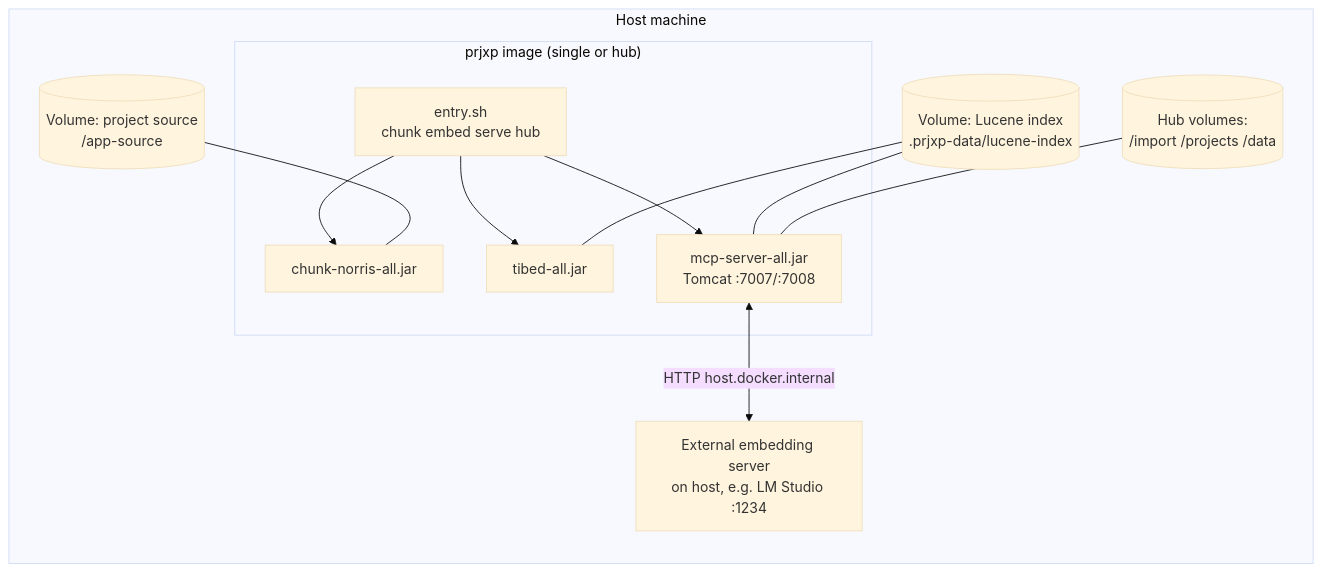
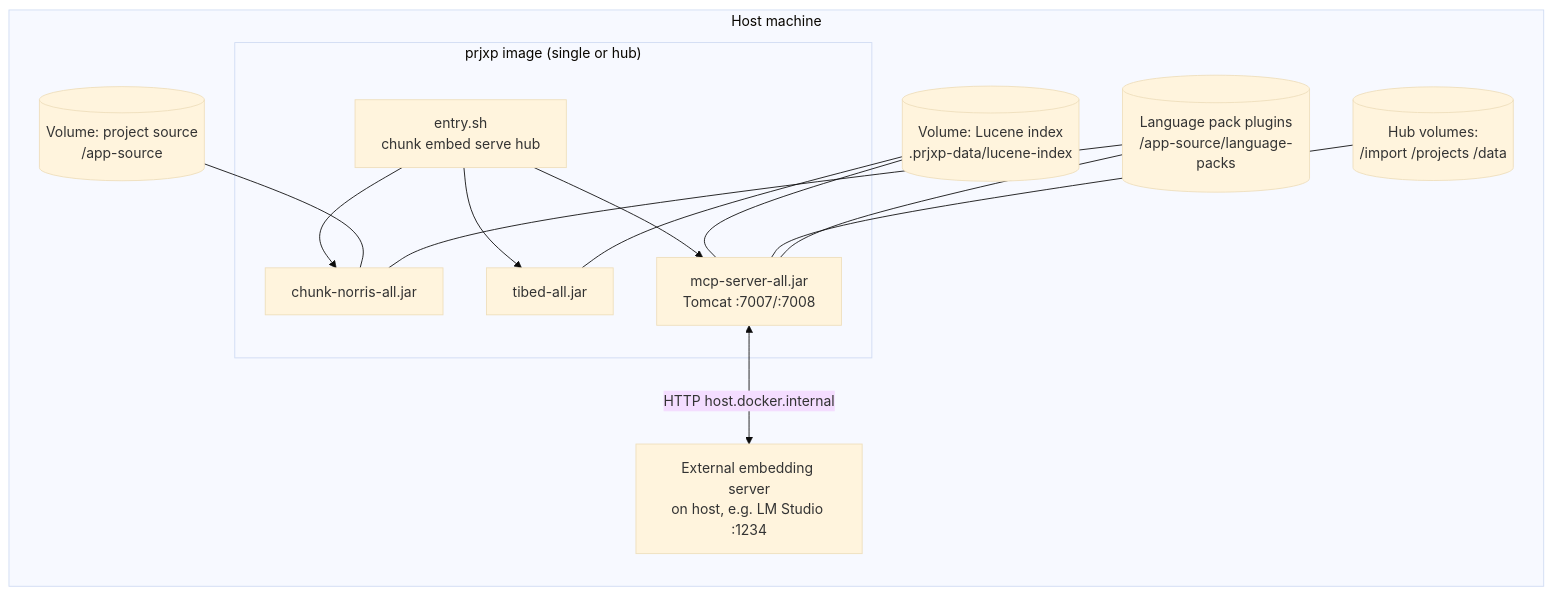
One commit to carstenSpraener/prjxp changed the second of 2 diagrams in doc/arc42/03_context_and_scope.md. Above: the diagram before and after it, drawn with Mermaid (base theme). The commit also changed other lines of this file and 16 other files, not shown here.

First line of the commit message:
docs: align READMEs and arc42 with the LanguagePack architecture

````diff
--- a/doc/arc42/03_context_and_scope.md
+++ b/doc/arc42/03_context_and_scope.md
@@ -55,21 +55,23 @@
 ```mermaid
 flowchart LR
     subgraph host ["Host machine"]
         subgraph docker ["prjxp image (single or hub)"]
             CN["chunk-norris-all.jar"]
             TIB["tibed-all.jar"]
             MS["mcp-server-all.jar<br/>Tomcat :7007/:7008"]
             ENTRY["entry.sh<br/>chunk embed serve hub"]
         end
         V1[("Volume: project source<br/>/app-source")]
         V2[("Volume: Lucene index<br/>.prjxp-data/lucene-index")]
         V3[("Hub volumes:<br/>/import /projects /data")]
+        V4[("Language pack plugins<br/>/app-source/language-packs")]
         HOSTEMB["External embedding server<br/>on host, e.g. LM Studio :1234"]
     end
 
     ENTRY --> CN & TIB & MS
     V1 --- CN
     V2 --- TIB & MS
     V3 --- MS
+    V4 --- CN & MS
     MS <-->|"HTTP host.docker.internal"| HOSTEMB
 ```
````
